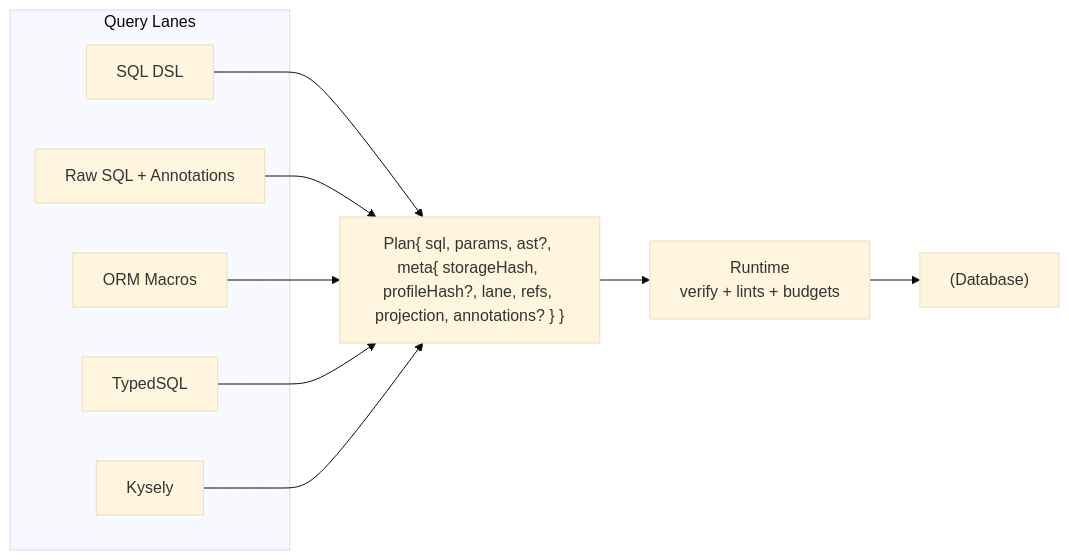
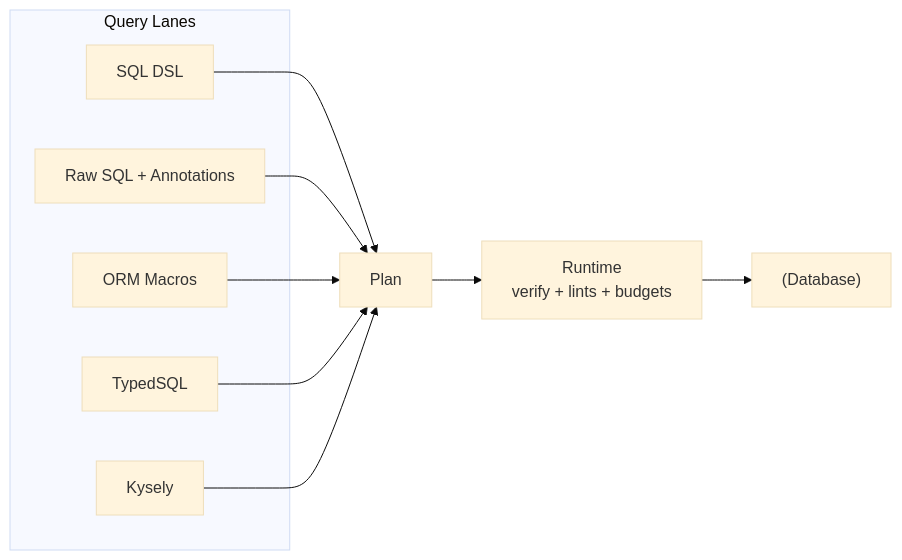
Before and after one commit to prisma/prisma-next: the diagram in docs/architecture docs/subsystems/3. Query Lanes.md, drawn with Mermaid (base theme). The commit also changed 2 other files, not shown here.

Commit message:
docs: ASCII Mermaid labels, direction TB in subgraphs, shorten Plan node
- A-024: Kysely-to-PN transformer (ASCII-only) in ADR 160
- A-025: Shorten Plan node label in Query Lanes doc
- A-026: Add direction TB in integration-kysely README subgraphs

````diff
--- a/docs/architecture docs/subsystems/3. Query Lanes.md
+++ b/docs/architecture docs/subsystems/3. Query Lanes.md
@@ -10,19 +10,19 @@
 ```mermaid
 flowchart LR
   subgraph "Query Lanes"
     DSL[SQL DSL]
     RAW["Raw SQL + Annotations"]
     ORM[ORM Macros]
     TSQL[TypedSQL]
     KYS[Kysely]
   end
   DSL --> PLAN
   RAW --> PLAN
   ORM --> PLAN
   TSQL --> PLAN
   KYS --> PLAN
-  PLAN["Plan{ sql, params, ast?, meta{ storageHash, profileHash?, lane, refs, projection, annotations? } }"]
+  PLAN[Plan]
   PLAN --> RT[Runtime
   verify + lints + budgets]
   RT --> DB["(Database)"]
 ```
````
